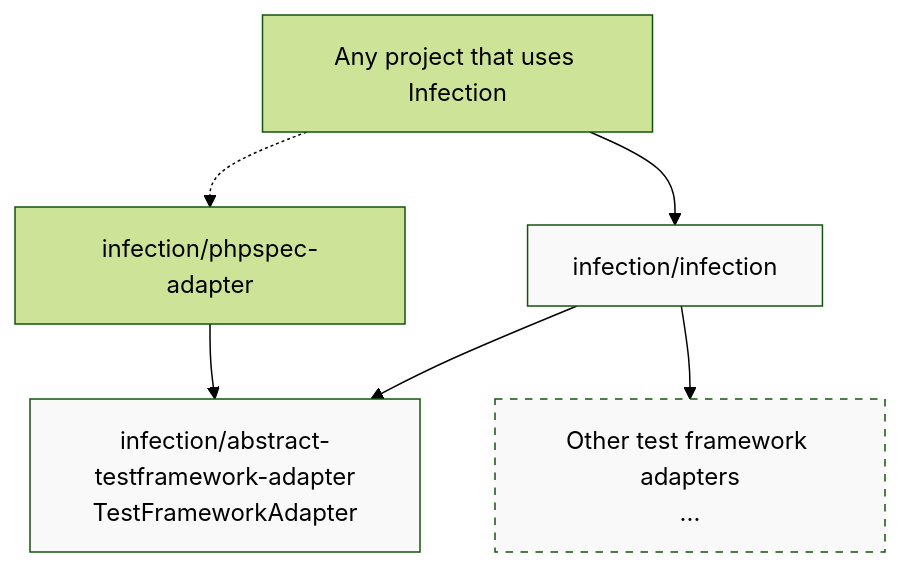
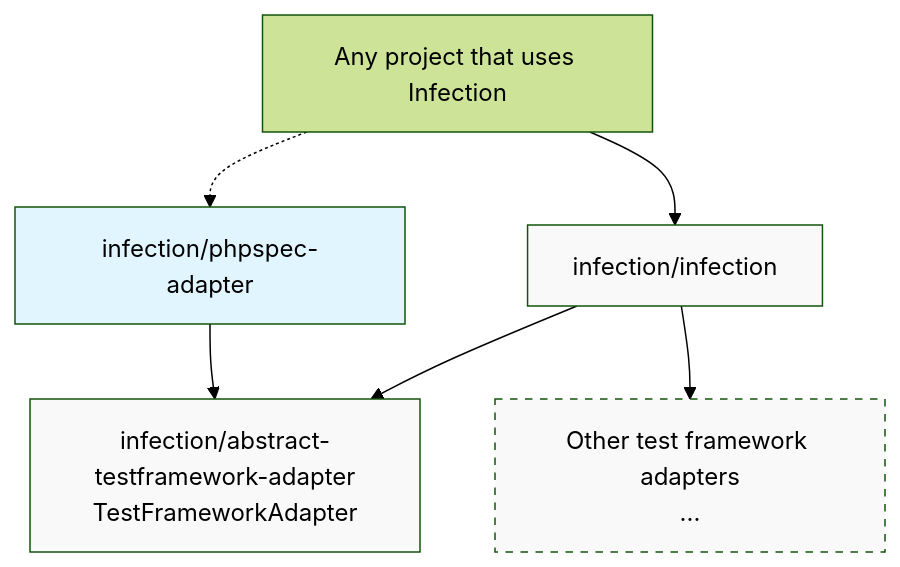
The diagram in docs/test-framework-adapter.mmd (infection/phpspec-adapter), drawn with Mermaid (forest theme) before and after one commit. The commit also changed 3 other files, not shown here.

```diff
--- a/docs/test-framework-adapter.mmd
+++ b/docs/test-framework-adapter.mmd
@@ -1,16 +1,17 @@
 graph TB
     Project["Any project that uses Infection"]
     Adapter["infection/phpspec-adapter"]
     Infection["infection/infection"]
     AbstractAdapter["infection/abstract-testframework-adapter<br/>TestFrameworkAdapter"]
     OtherAdapters["Other test framework adapters<br/>..."]
 
     Project --> Infection
     Project -.-> Adapter
     Infection --> AbstractAdapter
     Infection --> OtherAdapters
     Adapter --> AbstractAdapter
 
+    style Adapter fill:#e1f5fe
     style AbstractAdapter fill:#f9f9f9
     style Infection fill:#f9f9f9
     style OtherAdapters fill:#f9f9f9,stroke-dasharray: 5 5
```
